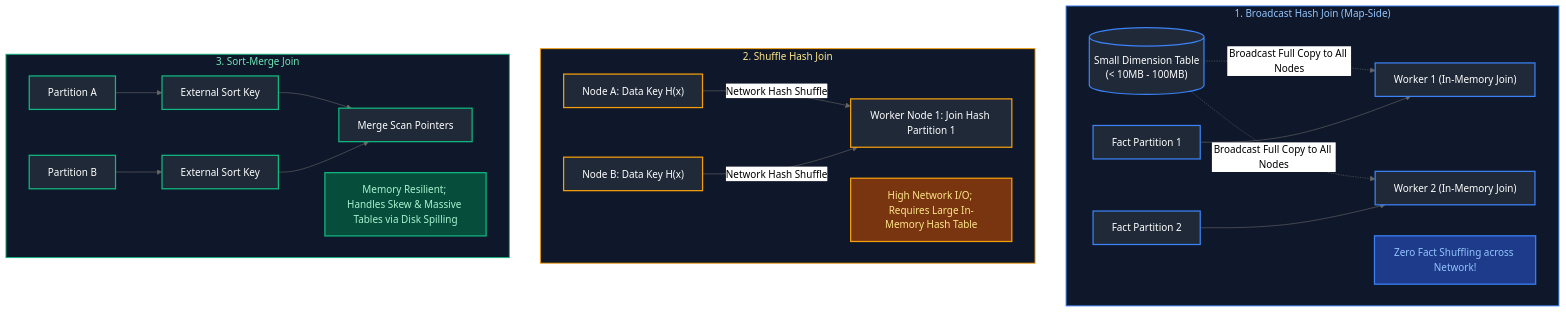
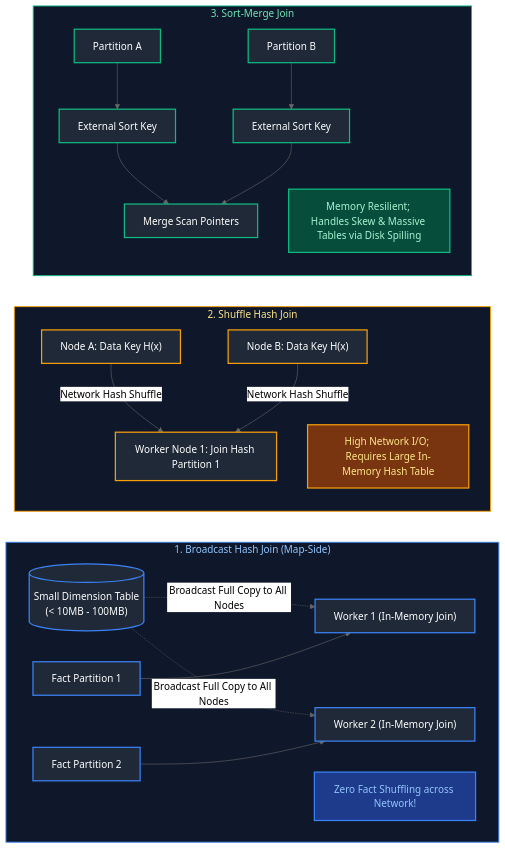
Before and after one commit to joydeep-biswas/Interview-Preparation: the third of 12 diagrams in Data Engineering/02_advanced_sql.md, drawn with Mermaid (neutral theme). The commit also changed other lines of this file and 76 other files, not shown here.

Commit message:
Updated Charts

````diff
--- a/Data Engineering/02_advanced_sql.md
+++ b/Data Engineering/02_advanced_sql.md
@@ -196,43 +198,44 @@
 ```mermaid
-flowchart TD
+flowchart LR
     subgraph BroadcastStrategy ["1. Broadcast Hash Join (Map-Side)"]
+        direction LR
         BDim[("Small Dimension Table<br/>(< 10MB - 100MB)")] -.->|Broadcast Full Copy to All Nodes| N1["Worker 1 (In-Memory Join)"]
         BDim -.->|Broadcast Full Copy to All Nodes| N2["Worker 2 (In-Memory Join)"]
         F1["Fact Partition 1"] --> N1
         F2["Fact Partition 2"] --> N2
         note1["Zero Fact Shuffling across Network!"]
     end
 
     subgraph ShuffleHashStrategy ["2. Shuffle Hash Join"]
         SF1["Node A: Data Key H(x)"] -->|Network Hash Shuffle| SHW1["Worker Node 1: Join Hash Partition 1"]
         SF2["Node B: Data Key H(x)"] -->|Network Hash Shuffle| SHW1
         note2["High Network I/O; Requires Large In-Memory Hash Table"]
     end
 
     subgraph SortMergeStrategy ["3. Sort-Merge Join"]
         SM1["Partition A"] --> Sort1["External Sort Key"] --> Merge["Merge Scan Pointers"]
         SM2["Partition B"] --> Sort2["External Sort Key"] --> Merge
         note3["Memory Resilient; Handles Skew & Massive Tables via Disk Spilling"]
     end
 
     style BroadcastStrategy fill:#0f172a,stroke:#3b82f6,stroke-width:1.5px,color:#93c5fd
     style ShuffleHashStrategy fill:#0f172a,stroke:#f59e0b,stroke-width:1.5px,color:#fde68a
     style SortMergeStrategy fill:#0f172a,stroke:#10b981,stroke-width:1.5px,color:#6ee7b7
 
     style BDim fill:#1f2937,stroke:#3b82f6,stroke-width:2px,color:#fff
     style N1 fill:#1f2937,stroke:#3b82f6,stroke-width:2px,color:#fff
     style N2 fill:#1f2937,stroke:#3b82f6,stroke-width:2px,color:#fff
     style F1 fill:#1f2937,stroke:#3b82f6,stroke-width:2px,color:#fff
     style F2 fill:#1f2937,stroke:#3b82f6,stroke-width:2px,color:#fff
     style note1 fill:#1e3a8a,stroke:#3b82f6,stroke-width:2px,color:#93c5fd
     style SF1 fill:#1f2937,stroke:#f59e0b,stroke-width:2px,color:#fff
     style SHW1 fill:#1f2937,stroke:#f59e0b,stroke-width:2px,color:#fff
     style SF2 fill:#1f2937,stroke:#f59e0b,stroke-width:2px,color:#fff
     style note2 fill:#78350f,stroke:#f59e0b,stroke-width:2px,color:#fde68a
     style SM1 fill:#1f2937,stroke:#10b981,stroke-width:2px,color:#fff
     style Sort1 fill:#1f2937,stroke:#10b981,stroke-width:2px,color:#fff
     style Merge fill:#1f2937,stroke:#10b981,stroke-width:2px,color:#fff
     style SM2 fill:#1f2937,stroke:#10b981,stroke-width:2px,color:#fff
     style Sort2 fill:#1f2937,stroke:#10b981,stroke-width:2px,color:#fff
     style note3 fill:#064e3b,stroke:#10b981,stroke-width:2px,color:#a7f3d0
 ```
````
